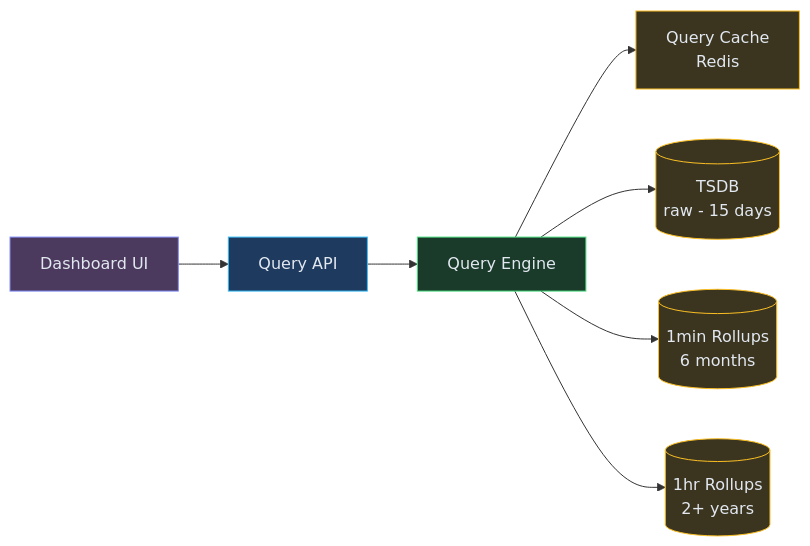
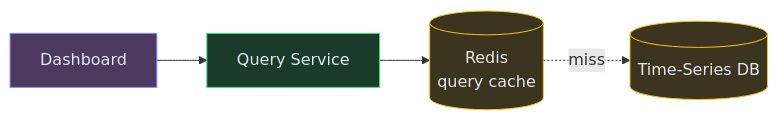
Before and after one commit to iluzn/HLD-Designs: the third of 4 diagrams in content/hld/MetricsMonitoring.md, drawn with Mermaid. The commit also changed other lines of this file and 8 other files, not shown here.

````diff
--- a/content/hld/MetricsMonitoring.md
+++ b/content/hld/MetricsMonitoring.md
@@ -219,22 +124,15 @@
 ```mermaid
 flowchart LR
-    DASH["Dashboard UI"]:::client
-    QAPI["Query API"]:::edge
-    QENG["Query Engine"]:::service
-    TSDB[("TSDB<br/>raw - 15 days")]:::data
-    ROLLUP1[("1min Rollups<br/>6 months")]:::data
-    ROLLUP2[("1hr Rollups<br/>2+ years")]:::data
-    CACHE["Query Cache<br/>Redis"]:::data
+    DASH["Dashboard"]:::client
+    QUERY["Query Service"]:::service
+    CACHE[("Redis<br/>query cache")]:::data
+    TSDB[("Time-Series DB")]:::data
 
-    DASH --> QAPI
-    QAPI --> QENG
-    QENG --> CACHE
-    QENG --> TSDB
-    QENG --> ROLLUP1
-    QENG --> ROLLUP2
+    DASH --> QUERY
+    QUERY --> CACHE
+    CACHE -.->|miss| TSDB
 
     classDef client fill:#4c3a5e,stroke:#818cf8,color:#e2e8f0
-    classDef edge fill:#1e3a5f,stroke:#38bdf8,color:#e2e8f0
     classDef service fill:#1a3a2a,stroke:#4ade80,color:#e2e8f0
     classDef data fill:#3b3520,stroke:#fbbf24,color:#e2e8f0
 ```
````
